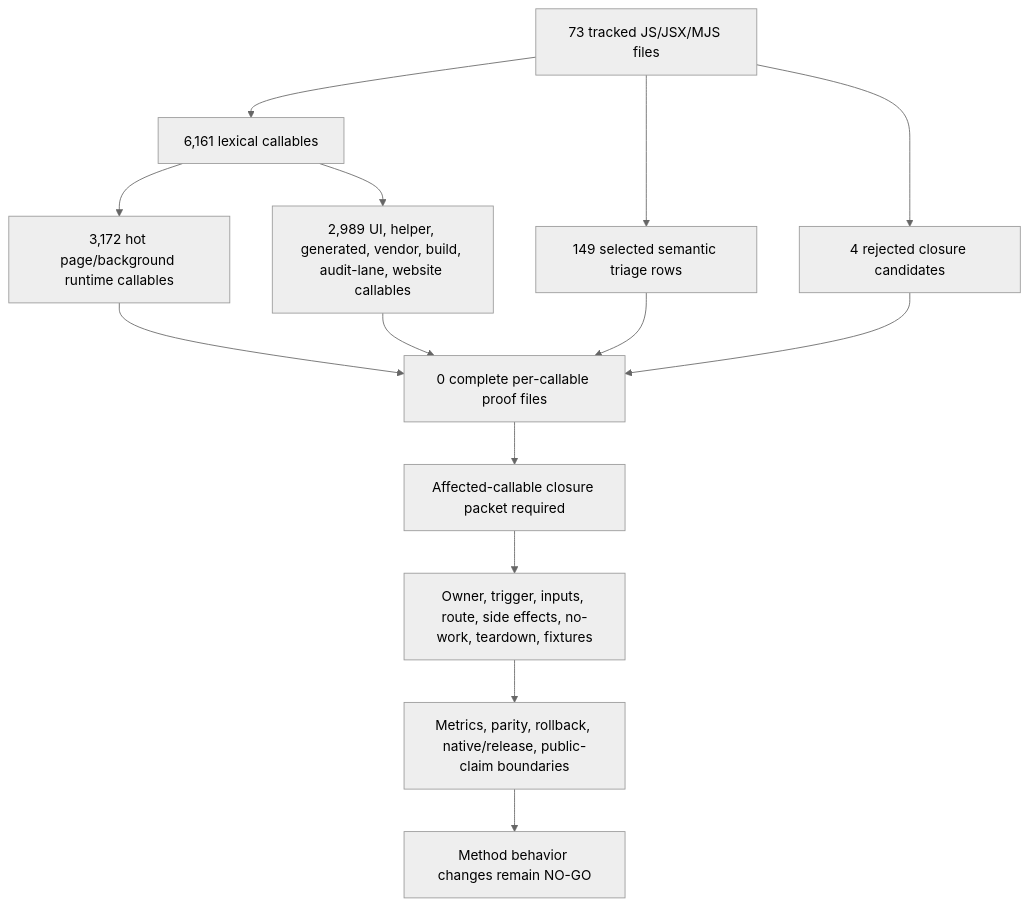
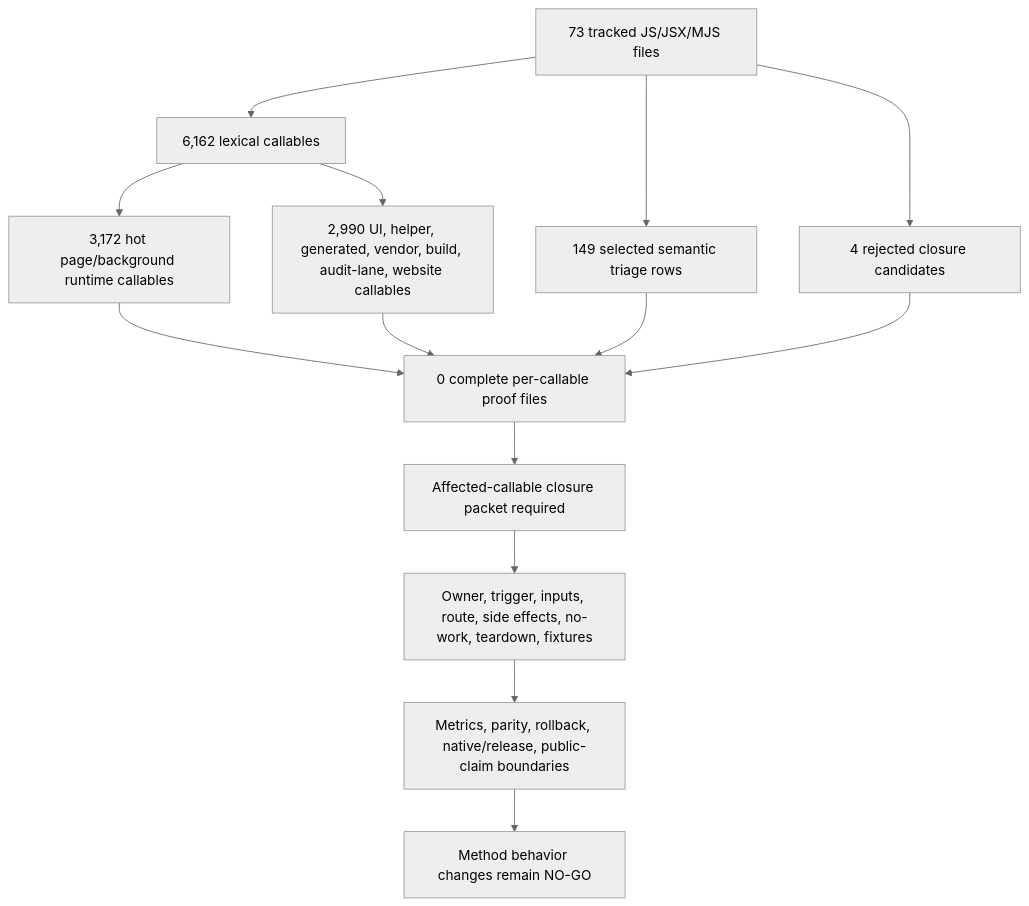
The first of 2 diagrams in docs/audit/FILTERTUBE_METHOD_SEMANTIC_PROOF_GAP_INDEX_CURRENT_BEHAVIOR_2026-05-25.md (varshneydevansh/FilterTube), drawn with Mermaid (neutral theme) before and after one commit. The commit also changed other lines of this file and 49 other files, not shown here.

````diff
--- a/docs/audit/FILTERTUBE_METHOD_SEMANTIC_PROOF_GAP_INDEX_CURRENT_BEHAVIOR_2026-05-25.md
+++ b/docs/audit/FILTERTUBE_METHOD_SEMANTIC_PROOF_GAP_INDEX_CURRENT_BEHAVIOR_2026-05-25.md
@@ -147,16 +147,16 @@
 ```mermaid
 flowchart TD
-  A["73 tracked JS/JSX/MJS files"] --> B["6,161 lexical callables"]
+  A["73 tracked JS/JSX/MJS files"] --> B["6,162 lexical callables"]
   B --> C["3,172 hot page/background runtime callables"]
-  B --> D["2,989 UI, helper, generated, vendor, build, audit-lane, website callables"]
+  B --> D["2,990 UI, helper, generated, vendor, build, audit-lane, website callables"]
   A --> E["149 selected semantic triage rows"]
   A --> F["4 rejected closure candidates"]
   C --> G["0 complete per-callable proof files"]
   D --> G
   E --> G
   F --> G
   G --> H["Affected-callable closure packet required"]
   H --> I["Owner, trigger, inputs, route, side effects, no-work, teardown, fixtures"]
   I --> J["Metrics, parity, rollback, native/release, public-claim boundaries"]
   J --> K["Method behavior changes remain NO-GO"]
 ```
````
